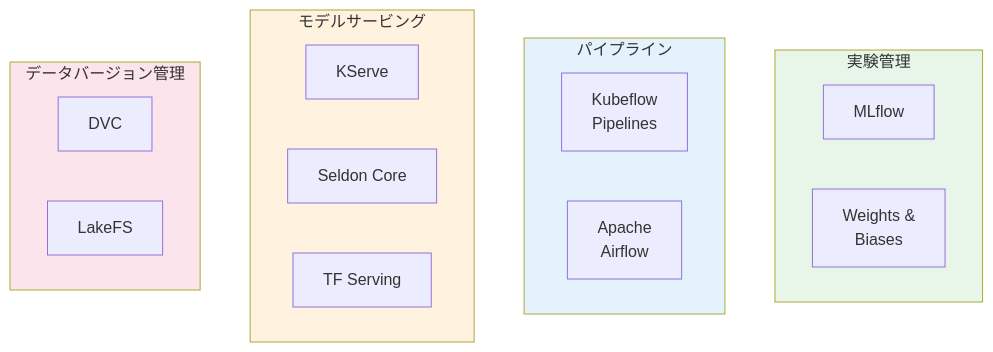
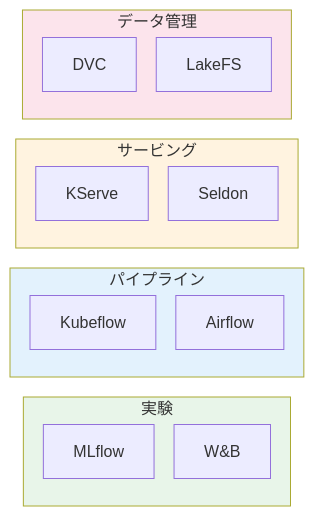
One commit to HayatoToyoda/DK changed the third of 10 diagrams in foundation/13-mlops-aiops/README.md. Above: the diagram before and after it, drawn with Mermaid. The commit also changed other lines of this file and 8 other files, not shown here.

````diff
--- a/foundation/13-mlops-aiops/README.md
+++ b/foundation/13-mlops-aiops/README.md
@@ -81,28 +88,28 @@
 ```mermaid
-flowchart TB
-    subgraph Experiment["実験管理"]
+%%{init: {'flowchart': {'nodeSpacing': 20, 'rankSpacing': 30, 'subgraphTitleMargin': 8}}}%%
+flowchart LR
+    subgraph Exp["実験"]
         MLflow["MLflow"]
-        W_B["Weights &<br/>Biases"]
+        W_B["W&B"]
     end
 
-    subgraph Pipeline["パイプライン"]
-        Kubeflow["Kubeflow<br/>Pipelines"]
-        Airflow["Apache<br/>Airflow"]
+    subgraph Pipe["パイプライン"]
+        Kubeflow["Kubeflow"]
+        Airflow["Airflow"]
     end
 
-    subgraph Serving["モデルサービング"]
+    subgraph Serve["サービング"]
         KServe["KServe"]
-        Seldon["Seldon Core"]
-        TFServing["TF Serving"]
+        Seldon["Seldon"]
     end
 
-    subgraph DataVer["データバージョン管理"]
+    subgraph Data["データ管理"]
         DVC["DVC"]
         LakeFS["LakeFS"]
     end
 
-    style Experiment fill:#e8f5e9
-    style Pipeline fill:#e3f2fd
-    style Serving fill:#fff3e0
-    style DataVer fill:#fce4ec
+    style Exp fill:#e8f5e9
+    style Pipe fill:#e3f2fd
+    style Serve fill:#fff3e0
+    style Data fill:#fce4ec
 ```
````
